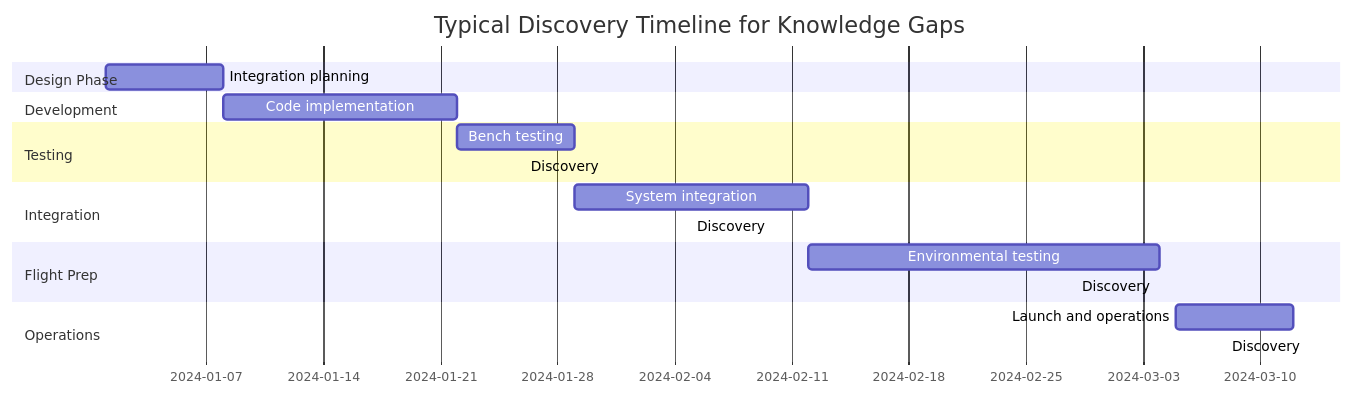
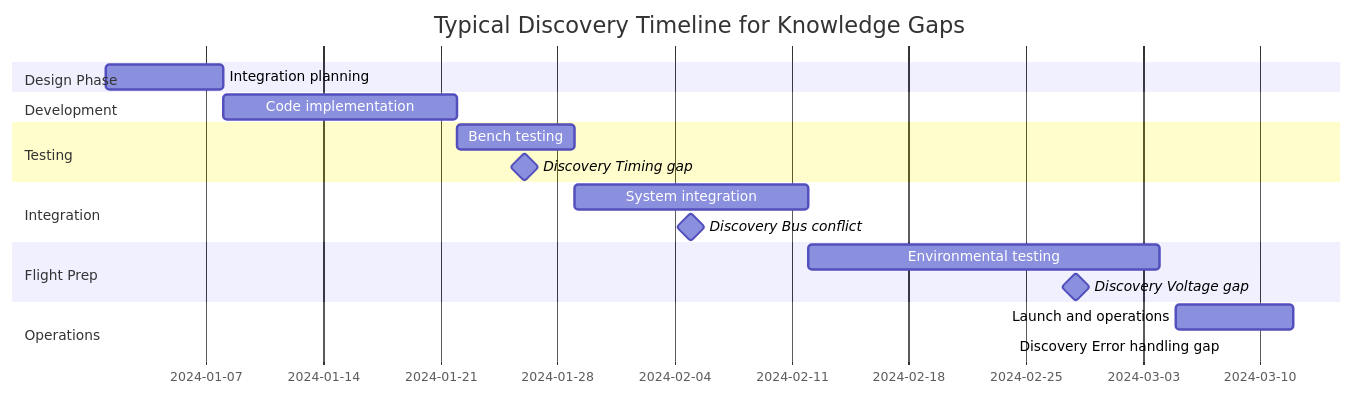
One commit to Lizo-RoadTown/PROVES_LIBRARY changed the ninth of 9 diagrams in docs/diagrams/knowledge-gaps.md. Above: the diagram before and after it, drawn with Mermaid. The commit also changed 1 other file, not shown here.

Commit message:
Fix gantt chart and quadrant chart special characters
- knowledge-gaps.md: Remove colons from gantt task names
- cross-system.md: Quote quadrant chart data point labels with colons

Systematic validation found these remaining issues.

````diff
--- a/docs/diagrams/knowledge-gaps.md
+++ b/docs/diagrams/knowledge-gaps.md
@@ -569,21 +569,21 @@
 ```mermaid
 gantt
     title Typical Discovery Timeline for Knowledge Gaps
     dateFormat YYYY-MM-DD
     section Design Phase
     Integration planning     :2024-01-01, 7d
     section Development
     Code implementation     :2024-01-08, 14d
     section Testing
     Bench testing          :2024-01-22, 7d
-    Discovery: Timing gap  :milestone, 2024-01-26, 0d
+    Discovery Timing gap  :milestone, 2024-01-26, 0d
     section Integration
     System integration     :2024-01-29, 14d
-    Discovery: Bus conflict:milestone, 2024-02-05, 0d
+    Discovery Bus conflict:milestone, 2024-02-05, 0d
     section Flight Prep
     Environmental testing  :2024-02-12, 21d
-    Discovery: Voltage gap :milestone, 2024-02-28, 0d
+    Discovery Voltage gap :milestone, 2024-02-28, 0d
     section Operations
     Launch and operations  :2024-03-05, 7d
-    Discovery: Error handling gap :crit, 2024-03-08, 0d
+    Discovery Error handling gap :crit, 2024-03-08, 0d
 ```
````
